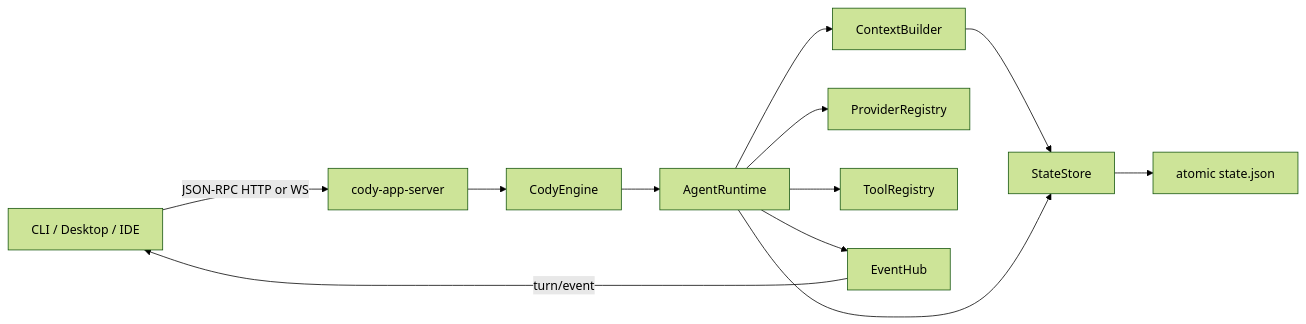
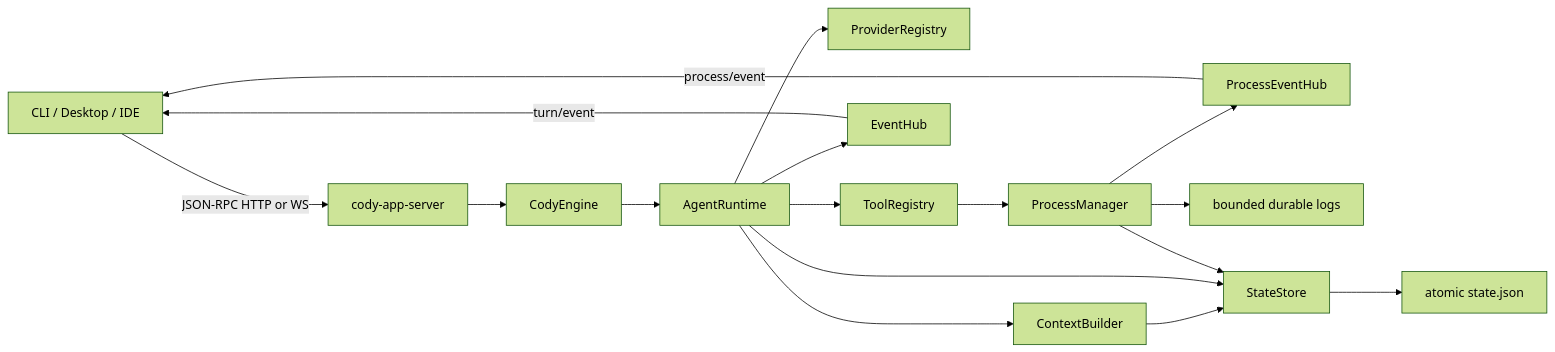
Before and after one commit to jianliang00/kody: the first of 3 diagrams in docs/architecture.md, drawn with Mermaid (forest theme). The commit also changed other lines of this file and 44 other files, not shown here.

````diff
--- a/docs/architecture.md
+++ b/docs/architecture.md
@@ -5,14 +5,19 @@
 ```mermaid
 flowchart LR
     Client["CLI / Desktop / IDE"] -->|"JSON-RPC HTTP or WS"| Server["cody-app-server"]
     Server --> Engine["CodyEngine"]
     Engine --> Runtime["AgentRuntime"]
     Runtime --> Context["ContextBuilder"]
     Runtime --> Providers["ProviderRegistry"]
     Runtime --> Tools["ToolRegistry"]
     Runtime --> Events["EventHub"]
+    Tools --> Processes["ProcessManager"]
+    Processes --> ProcessEvents["ProcessEventHub"]
+    Processes --> ProcessLogs["bounded durable logs"]
     Context --> Store["StateStore"]
     Runtime --> Store
+    Processes --> Store
     Store --> Json["atomic state.json"]
     Events -->|"turn/event"| Client
+    ProcessEvents -->|"process/event"| Client
 ```
````
